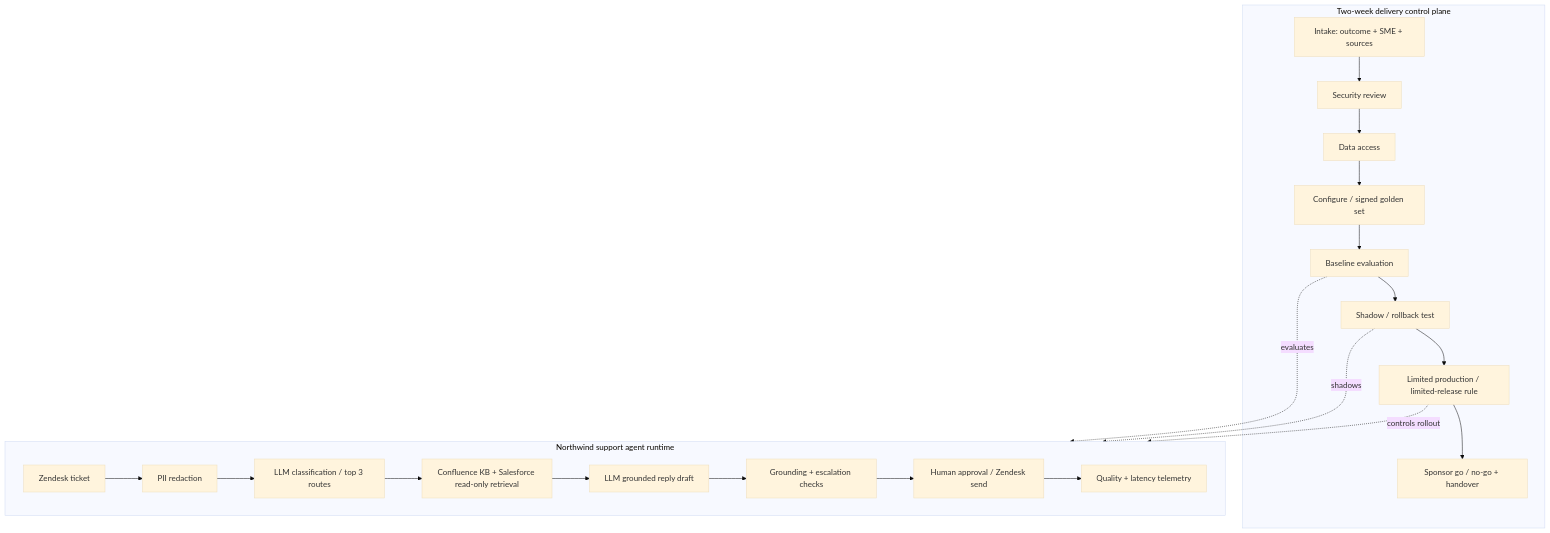
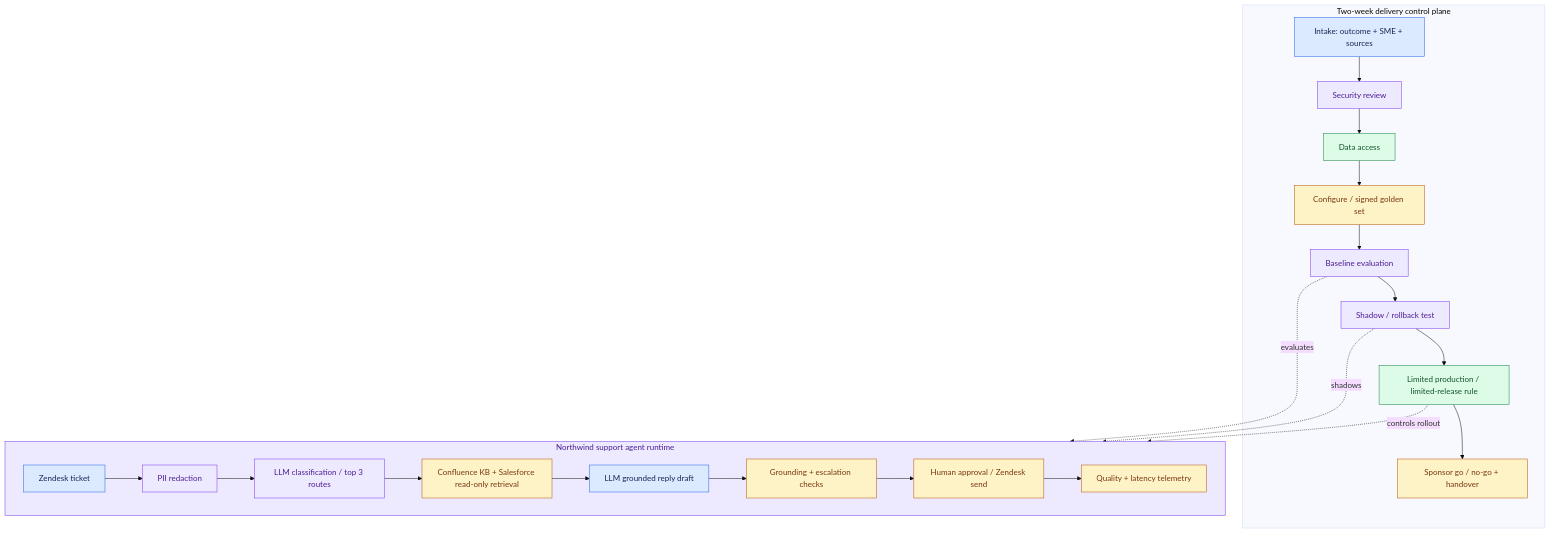
One commit to Sourav692/Forward-Deployed-Engineer-Interview-Prep changed the diagram in site/content/modules/15-fde-case-studies/delivery-evaluation-operations/scoping-to-deployed-agent/main.md. Above: the diagram before and after it, drawn with Mermaid (base theme). The commit also changed other lines of this file and 1268 other files, not shown here.

First line of the commit message:
content: polish Casebook writing and Mermaid diagrams (#251)

````diff
--- a/site/content/modules/15-fde-case-studies/delivery-evaluation-operations/scoping-to-deployed-agent/main.md
+++ b/site/content/modules/15-fde-case-studies/delivery-evaluation-operations/scoping-to-deployed-agent/main.md
@@ -82,24 +82,34 @@
 ```mermaid
 flowchart TB
   subgraph Delivery[Two-week delivery control plane]
     I[Intake: outcome + SME + sources] --> S[Security review]
     S --> D[Data access]
     D --> C[Configure / signed golden set]
     C --> E[Baseline evaluation]
     E --> H[Shadow / rollback test]
     H --> L[Limited production / limited-release rule]
     L --> G[Sponsor go / no-go + handover]
   end
   subgraph Agent[Northwind support agent runtime]
     Z[Zendesk ticket] --> P[PII redaction]
     P --> T[LLM classification / top 3 routes]
     T --> R[Confluence KB + Salesforce read-only retrieval]
     R --> M[LLM grounded reply draft]
     M --> V[Grounding + escalation checks]
     V --> A[Human approval / Zendesk send]
     A --> O[Quality + latency telemetry]
   end
   E -. evaluates .-> Agent
   H -. shadows .-> Agent
   L -. controls rollout .-> Agent
+
+    %% Casebook colours: entry, reasoning, results, controls, and stopped paths.
+    classDef cbInput fill:#dbeafe,stroke:#2563eb,color:#172554
+    class I,Z,M cbInput
+    classDef cbReason fill:#ede9fe,stroke:#7c3aed,color:#4c1d95
+    class S,E,H,P,T,Agent cbReason
+    classDef cbAction fill:#dcfce7,stroke:#15803d,color:#14532d
+    class D,L cbAction
+    classDef cbPolicy fill:#fef3c7,stroke:#b45309,color:#78350f
+    class C,G,R,V,A,O cbPolicy
 ```
````
